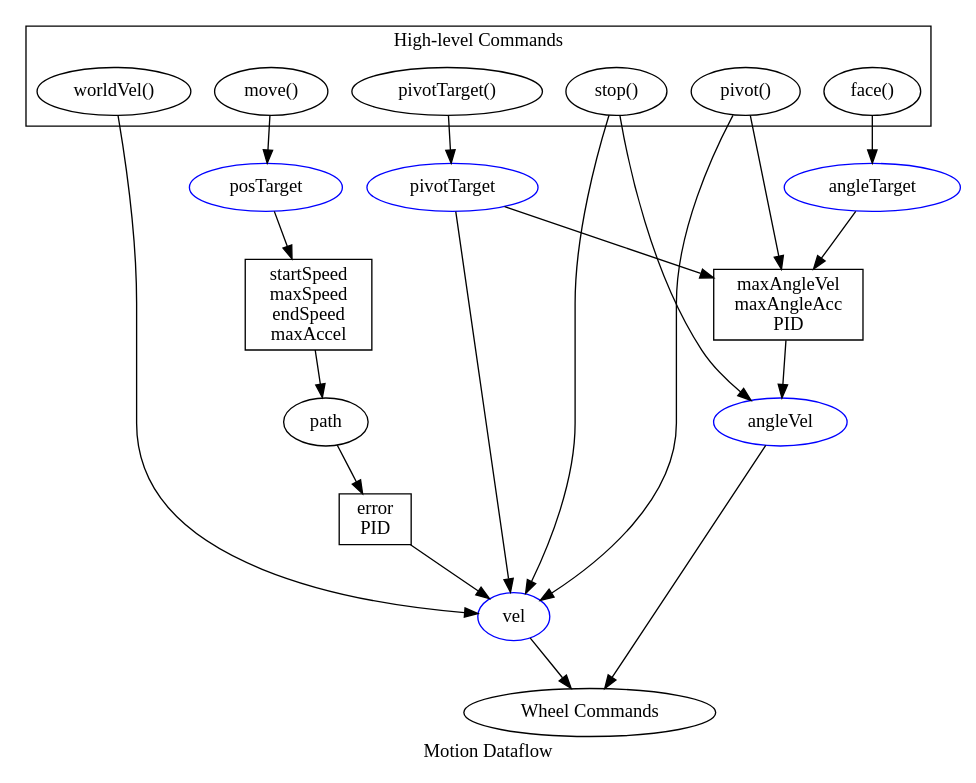
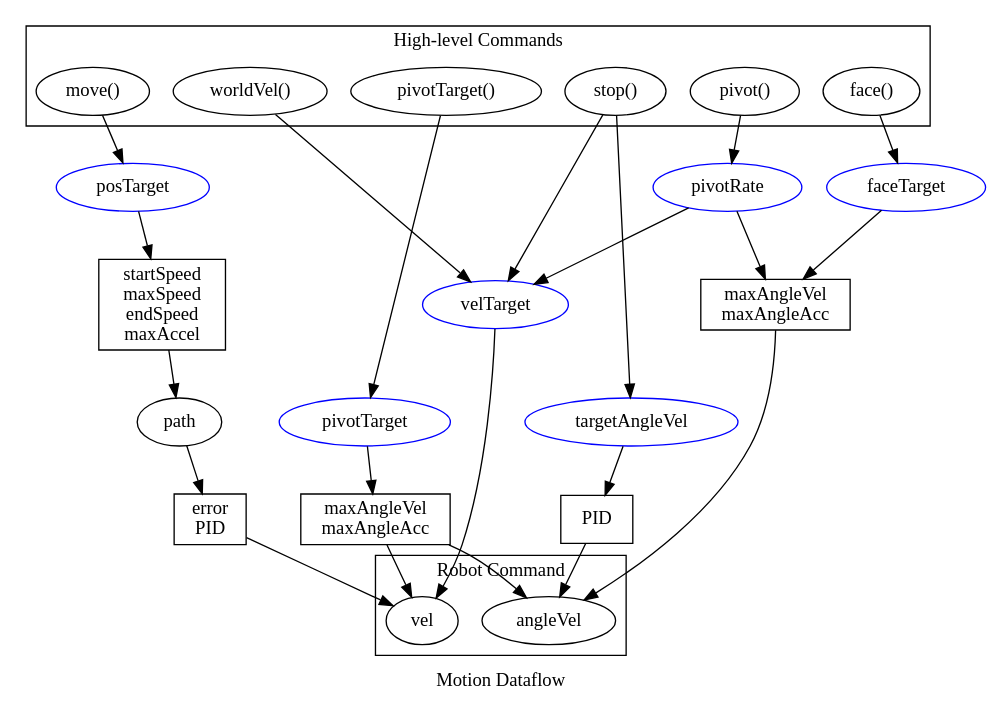
The diagram in doc/diagrams/motion.dot (RoboJackets/robocup-software), drawn with Graphviz before and after one commit.

Commit message:
more diagramming

```diff
--- a/doc/diagrams/motion.dot
+++ b/doc/diagrams/motion.dot
@@ -1,52 +1,59 @@
 digraph Motion {
     label="Motion Dataflow";
 
     subgraph cluster_highlevel {
         label="High-level Commands";
 
         move_cmd [label="move()"];
         pivot_cmd [label="pivot()"];
         pivotTo_cmd [label="pivotTarget()"];
         face_cmd [label="face()"];
         worldVel_cmd [label="worldVel()"];
         stop_cmd [label="stop()"];
     }
 
     {
         node [color=blue];
 
-        posTarget, vel;
-        angleTarget, angleVel;
+        posTarget, velTarget;
+        faceTarget, targetAngleVel;
         pivotTarget;
+        pivotRate;
     }
 
     path;
-    angleVel;
-    pivotTarget;
-    wheelVelCmd [label="Wheel Commands"];
+
+    subgraph cluster_RobotCommand {
+        label="Robot Command";
+
+        vel, angleVel;
+    }
 
     {
         node [shape=rect];
 
         path_constraints [label="startSpeed\nmaxSpeed\nendSpeed\nmaxAccel"];
-        angleVel_constraints [label="maxAngleVel\nmaxAngleAcc\nPID"];
+        angleVel_constraints [label="maxAngleVel\nmaxAngleAcc"];
         path_to_vel_constraints [label="error\nPID"];
+        targetAngleVel_to_angleVel_constraints [label="PID"];
     }
 
     move_cmd -> posTarget;
     pivotTo_cmd -> pivotTarget;
-    pivot_cmd -> {vel, angleVel_constraints};
-    face_cmd -> {angleTarget};
-    worldVel_cmd -> vel;
-    stop_cmd -> {vel, angleVel};
+    pivot_cmd -> pivotRate -> {velTarget, angleVel_constraints};
+    face_cmd -> {faceTarget};
+    worldVel_cmd -> velTarget;
+    stop_cmd -> {velTarget, targetAngleVel};
 
+
+    velTarget -> vel;
+    targetAngleVel -> targetAngleVel_to_angleVel_constraints -> angleVel;
 
     posTarget -> path_constraints -> path;
     path -> path_to_vel_constraints -> vel;
 
-    angleTarget -> angleVel_constraints -> angleVel;
+    faceTarget -> angleVel_constraints -> angleVel;
 
-    {vel, angleVel} -> wheelVelCmd;
-
-    pivotTarget -> {vel, angleVel_constraints};
+    c [shape=rect, label="maxAngleVel\nmaxAngleAcc"];
+    pivotTarget -> c -> {vel, angleVel};
 }
```
